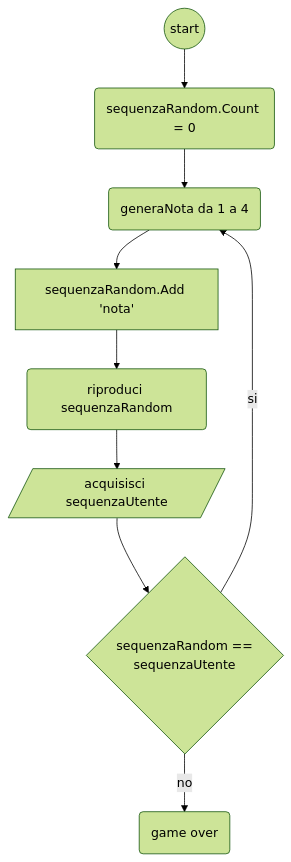
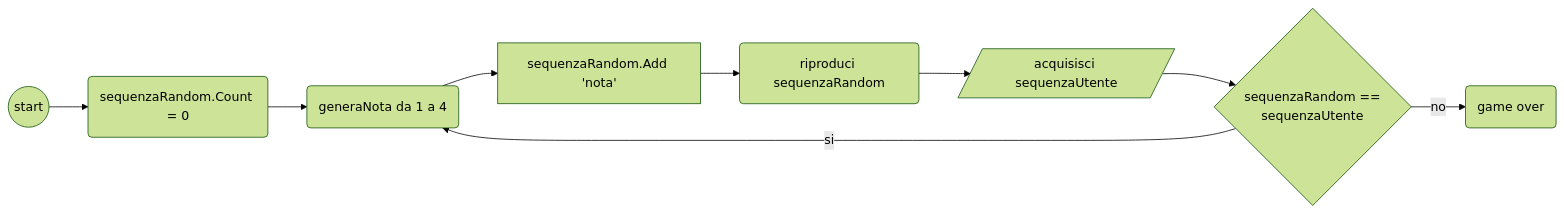
One commit to dasilvatefaele/Dev2_2024 changed the first of 2 diagrams in SIMON.md. Above: the diagram before and after it, drawn with Mermaid (forest theme). The commit also changed other lines of this file and 7 other files, not shown here.

````diff
--- a/SIMON.md
+++ b/SIMON.md
@@ -7,22 +7,22 @@
 ```mermaid
-flowchart TD
+flowchart LR
 
 id0((start))
 id11(sequenzaRandom.Count = 0)
 id6(generaNota da 1 a 4)
 id3(riproduci sequenzaRandom)
 id4[sequenzaRandom.Add 'nota']
 id5[/acquisisci sequenzaUtente/]
 id10{sequenzaRandom == 
 sequenzaUtente}
 
 
 id0-->id11
 id11-->id6
 id6-->id4
 id4-->id3
 id3-->id5
 id5-->id10
 id10-->|si|id6
 id10-->|no|id7(game over)
 ```
````
